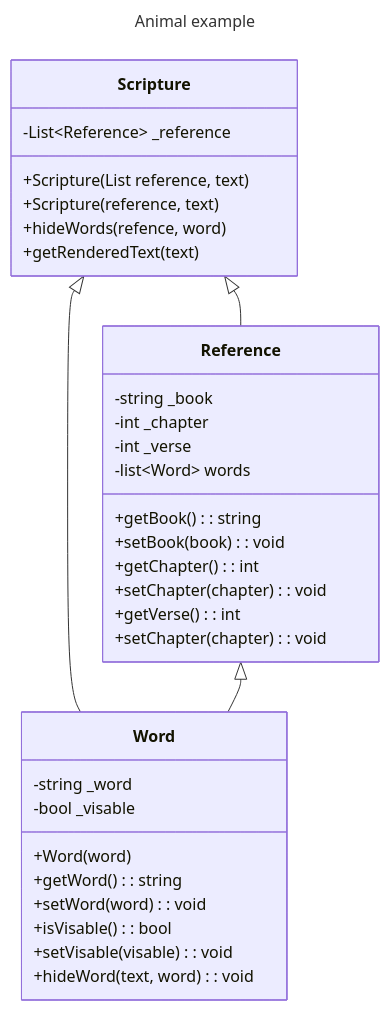
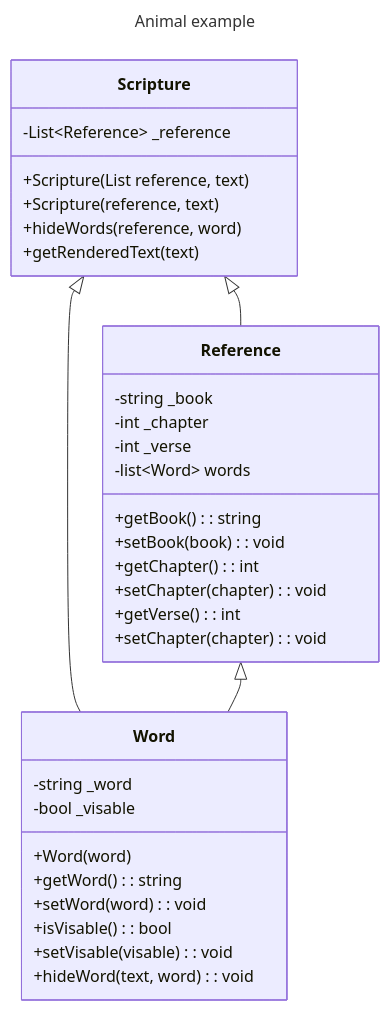
Before and after one commit to taggmcd/cse210: the diagram in prove/Develop03/README.md, drawn with Mermaid.

Commit message:
Class diagram

````diff
--- a/prove/Develop03/README.md
+++ b/prove/Develop03/README.md
@@ -1,46 +1,46 @@
 ```mermaid
 ---
 title: Animal example
 ---
 classDiagram
     class Scripture{
         -List~Reference~ _reference
 
         +Scripture(List reference, text)
         +Scripture(reference, text)
 
-        +hideWords(refence, word)
+        +hideWords(reference, word)
         +getRenderedText(text)
 
     }
 
     class Reference{
         -string _book
         -int _chapter
         -int _verse
         -list~Word~ words
 
         +getBook() : string
         +setBook(book) : void
         +getChapter() : int
         +setChapter(chapter) : void
         +getVerse() : int
         +setChapter(chapter) : void
     }
 
     class Word{
         -string _word
         -bool _visable
 
         +Word(word)
         +getWord() : string
         +setWord(word) : void
         +isVisable() : bool
         +setVisable(visable) : void
         +hideWord(text, word) : void
     }
 
     Scripture <|-- Reference
     Scripture <|-- Word
     Reference <|-- Word
 ```
````
